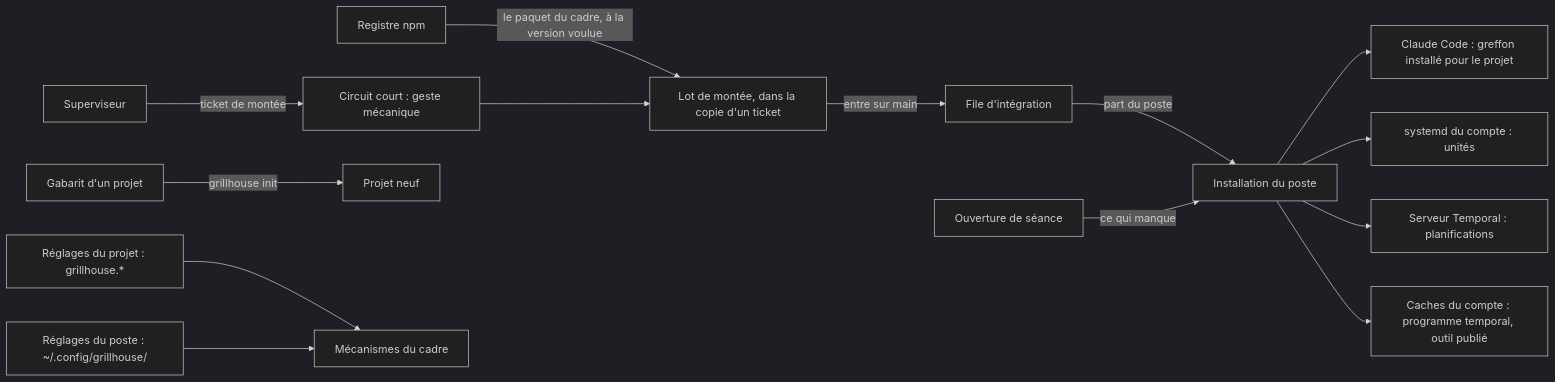
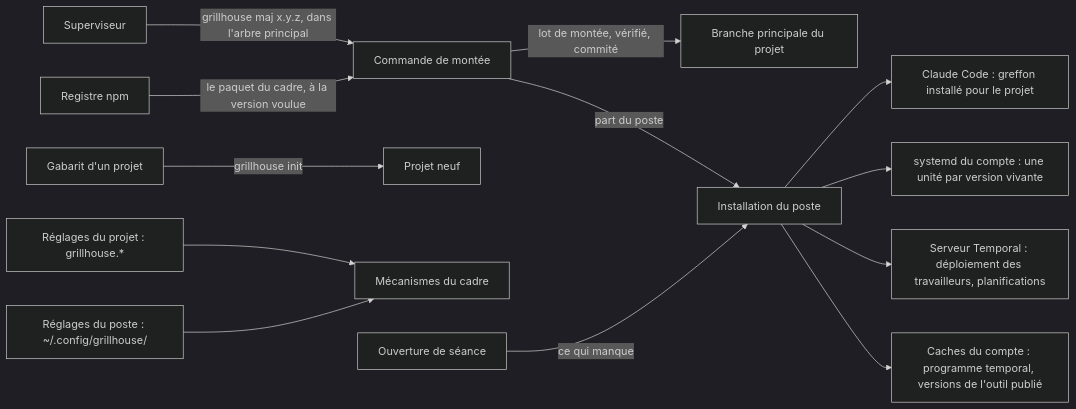
The first of 4 diagrams in packages/grillhouse/docs/architecture/installation.md (roomi-fields/roomis-grillhouse), drawn with Mermaid (dark theme) before and after one commit. The commit also changed other lines of this file and 6 other files, not shown here.

Commit message:
docs: la montée d'un projet en une commande, sans couper ses circuits, et la purge des anciennes versions (grillhouse-acl.1)

````diff
--- a/packages/grillhouse/docs/architecture/installation.md
+++ b/packages/grillhouse/docs/architecture/installation.md
@@ -7,16 +7,15 @@
 ```mermaid
 flowchart LR
-  npm[Registre npm] -- le paquet du cadre, à la version voulue --> lot[Lot de montée, dans la copie d'un ticket]
-  sup[Superviseur] -- ticket de montée --> circ[Circuit court : geste mécanique]
-  circ --> lot
-  lot -- entre sur main --> file[File d'intégration]
-  file -- part du poste --> poste[Installation du poste]
+  sup[Superviseur] -- grillhouse maj x.y.z, dans l'arbre principal --> mont[Commande de montée]
+  npm[Registre npm] -- le paquet du cadre, à la version voulue --> mont
+  mont -- lot de montée, vérifié, commité --> br[Branche principale du projet]
+  mont -- part du poste --> poste[Installation du poste]
   poste --> cc[Claude Code : greffon installé pour le projet]
-  poste --> sysd[systemd du compte : unités]
-  poste --> tsrv[Serveur Temporal : planifications]
-  poste --> cache[Caches du compte : programme temporal, outil publié]
+  poste --> sysd[systemd du compte : une unité par version vivante]
+  poste --> tsrv[Serveur Temporal : déploiement des travailleurs, planifications]
+  poste --> cache[Caches du compte : programme temporal, versions de l'outil publié]
   gab[Gabarit d'un projet] -- grillhouse init --> projet[Projet neuf]
   rp[Réglages du projet : grillhouse.*] --> cadre[Mécanismes du cadre]
   rpo[Réglages du poste : ~/.config/grillhouse/] --> cadre
   ouv[Ouverture de séance] -- ce qui manque --> poste
 ```
````
